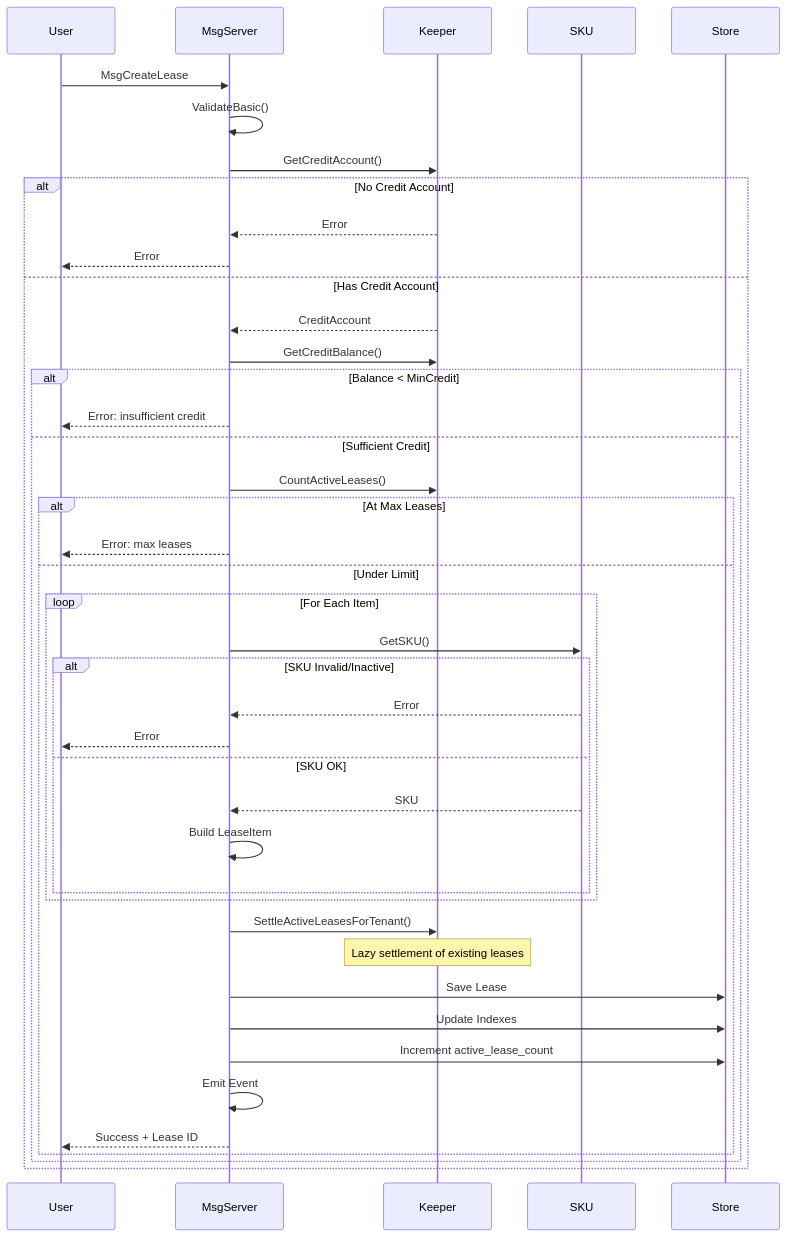
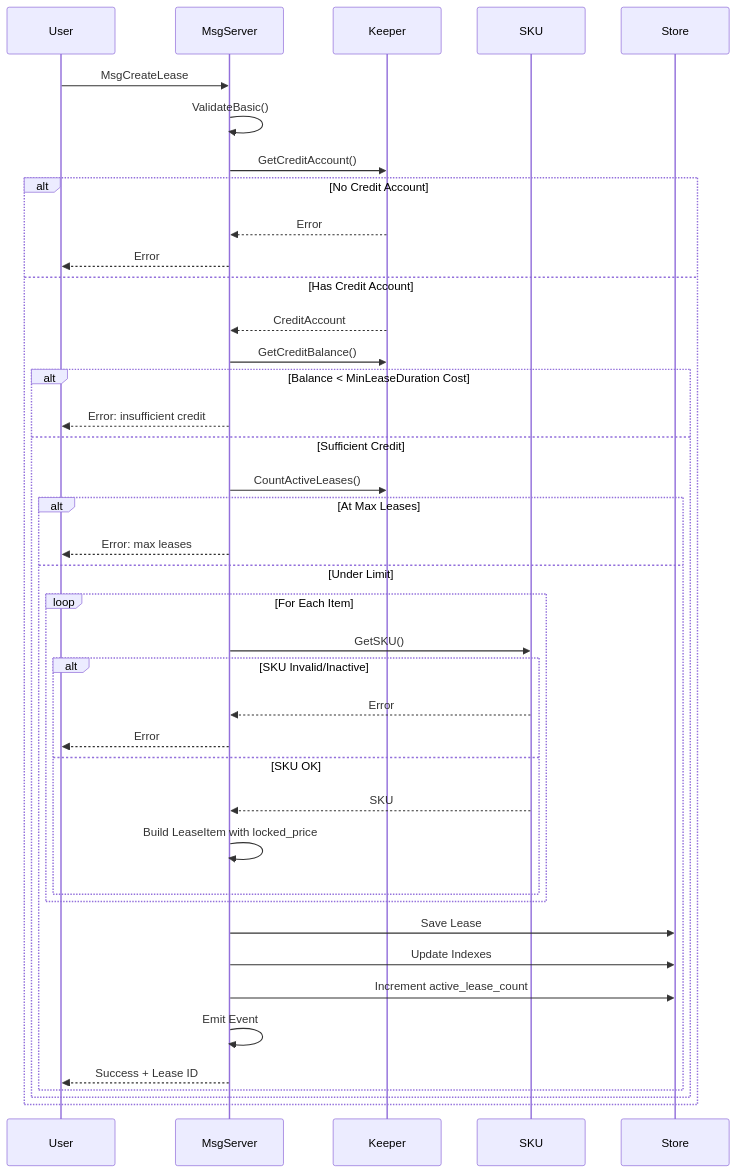
Before and after one commit to manifest-network/manifest-ledger: the fifth of 10 diagrams in x/billing/docs/ARCHITECTURE.md, drawn with Mermaid. The commit also changed other lines of this file and 9 other files, not shown here.

````diff
--- a/x/billing/docs/ARCHITECTURE.md
+++ b/x/billing/docs/ARCHITECTURE.md
@@ -190,50 +192,47 @@
 ```mermaid
 sequenceDiagram
     participant User
     participant MsgServer
     participant Keeper
     participant SKU
     participant Store
     
     User->>MsgServer: MsgCreateLease
     MsgServer->>MsgServer: ValidateBasic()
     MsgServer->>Keeper: GetCreditAccount()
     
     alt No Credit Account
         Keeper-->>MsgServer: Error
         MsgServer-->>User: Error
     else Has Credit Account
         Keeper-->>MsgServer: CreditAccount
         MsgServer->>Keeper: GetCreditBalance()
         
-        alt Balance < MinCredit
+        alt Balance < MinLeaseDuration Cost
             MsgServer-->>User: Error: insufficient credit
         else Sufficient Credit
             MsgServer->>Keeper: CountActiveLeases()
             
             alt At Max Leases
                 MsgServer-->>User: Error: max leases
             else Under Limit
                 loop For Each Item
                     MsgServer->>SKU: GetSKU()
                     alt SKU Invalid/Inactive
                         SKU-->>MsgServer: Error
                         MsgServer-->>User: Error
                     else SKU OK
                         SKU-->>MsgServer: SKU
-                        MsgServer->>MsgServer: Build LeaseItem
+                        MsgServer->>MsgServer: Build LeaseItem with locked_price
                     end
                 end
-                
-                MsgServer->>Keeper: SettleActiveLeasesForTenant()
-                Note over Keeper: Lazy settlement of existing leases
                 
                 MsgServer->>Store: Save Lease
                 MsgServer->>Store: Update Indexes
                 MsgServer->>Store: Increment active_lease_count
                 MsgServer->>MsgServer: Emit Event
                 MsgServer-->>User: Success + Lease ID
             end
         end
     end
 ```
````
